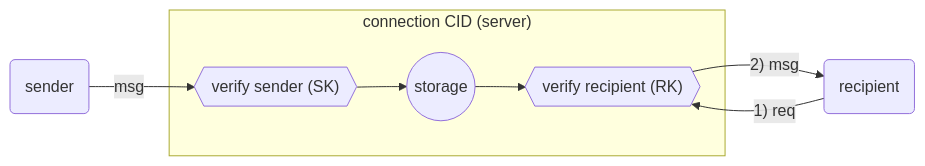
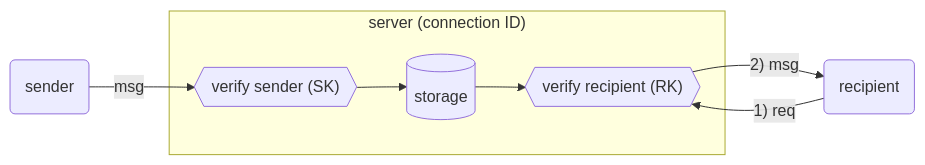
The diagram in diagrams/edge-messaging/edge.mmd (simplex-chat/simplex-chat), drawn with Mermaid before and after one commit. The commit also changed 6 other files, not shown here.

Commit message:
update edge-messaging to match graph-chat

```diff
--- a/diagrams/edge-messaging/edge.mmd
+++ b/diagrams/edge-messaging/edge.mmd
@@ -1,11 +1,11 @@
 graph LR
   VS{{"verify sender (SK)"}}
   VR{{"verify recipient (RK)"}}
 
   S(sender) -->|msg| VS
-  subgraph "connection CID (server)"
-    VS --> DB(("storage"))
+  subgraph "server (connection ID)"
+    VS --> DB[("storage")]
     DB --> VR
   end
   R(recipient) -->|"1) req"| VR
   VR -->|"2) msg"| R
```
